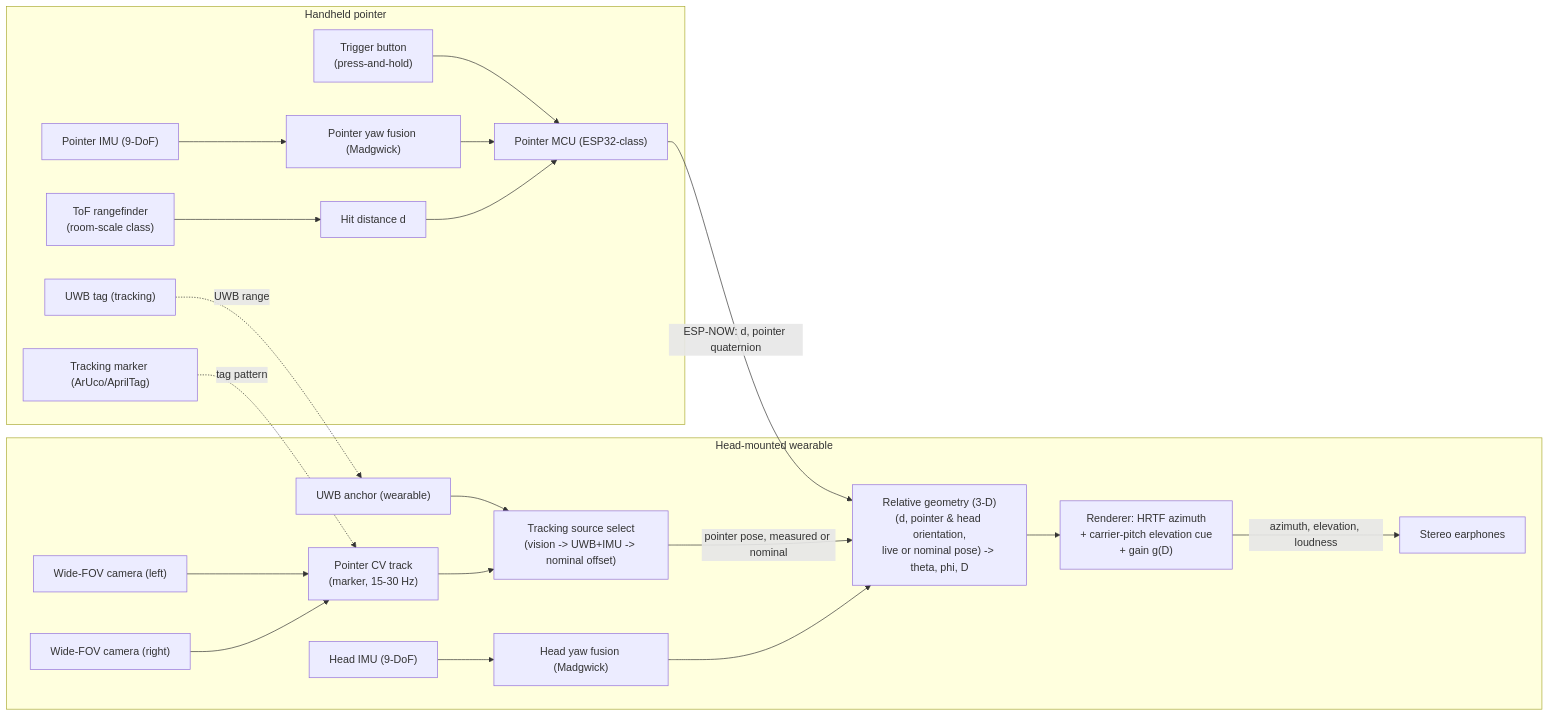
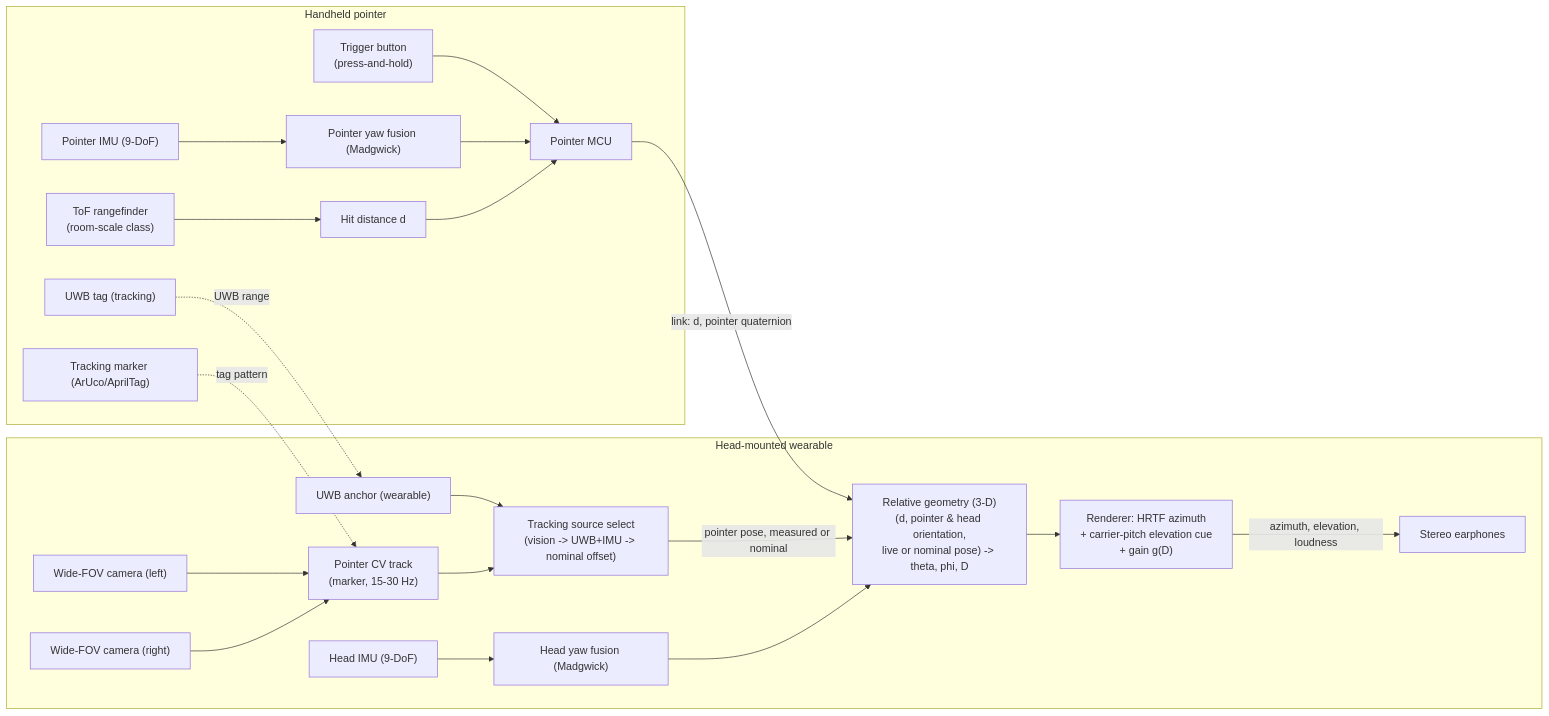
Before and after one commit to pewpil/auris: the diagram in README.md, drawn with Mermaid. The commit also changed other lines of this file and 4 other files, not shown here.

````diff
--- a/README.md
+++ b/README.md
@@ -57,26 +57,26 @@
 ```mermaid
 flowchart LR
     subgraph pointer["Handheld pointer"]
         pimu["Pointer IMU (9-DoF)"] --> pfus["Pointer yaw fusion (Madgwick)"]
         tof["ToF rangefinder<br/>(room-scale class)"] --> dist["Hit distance d"]
-        btn["Trigger button<br/>(press-and-hold)"] --> mcu1["Pointer MCU (ESP32-class)"]
+        btn["Trigger button<br/>(press-and-hold)"] --> mcu1["Pointer MCU"]
         uwbt["UWB tag (tracking)"]
         marker["Tracking marker (ArUco/AprilTag)"]
         pfus --> mcu1
         dist --> mcu1
     end
     subgraph wearable["Head-mounted wearable"]
         himu["Head IMU (9-DoF)"] --> hfus["Head yaw fusion (Madgwick)"]
         camL["Wide-FOV camera (left)"] -->         cv["Pointer CV track<br/>(marker, 15-30 Hz)"]
         camR["Wide-FOV camera (right)"] --> cv
         uwbw["UWB anchor (wearable)"] --> src["Tracking source select<br/>(vision -> UWB+IMU -> nominal offset)"]
         cv --> src
-        mcu1 -- "ESP-NOW: d, pointer quaternion" --> geo["Relative geometry (3-D)<br/>(d, pointer & head orientation,<br/>live or nominal pose) -> theta, phi, D"]
+        mcu1 -- "link: d, pointer quaternion" --> geo["Relative geometry (3-D)<br/>(d, pointer & head orientation,<br/>live or nominal pose) -> theta, phi, D"]
         src -- "pointer pose, measured or nominal" --> geo
         hfus --> geo
         geo --> ren["Renderer: HRTF azimuth<br/>+ carrier-pitch elevation cue<br/>+ gain g(D)"]
         ren -- "azimuth, elevation, loudness" --> spk["Stereo earphones"]
         uwbt -. "UWB range" .-> uwbw
         marker -. "tag pattern" .-> cv
     end
 ```
````
